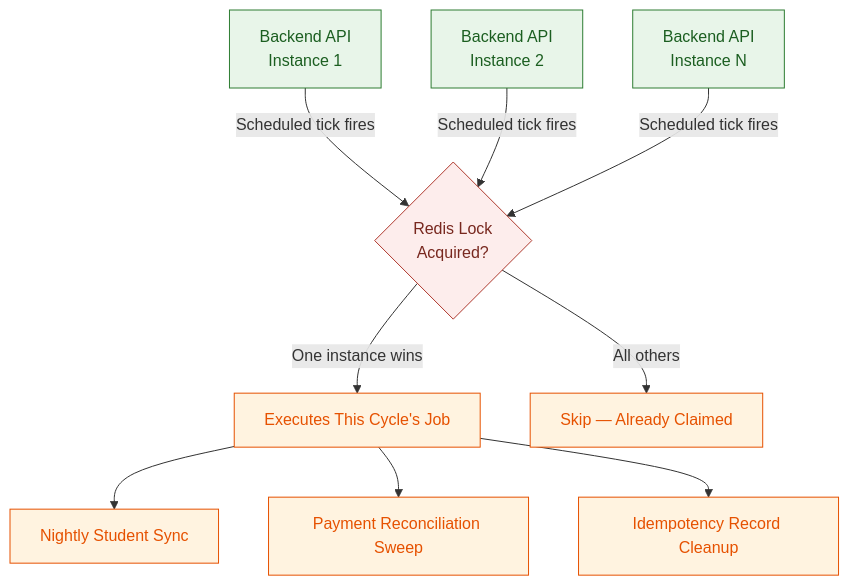
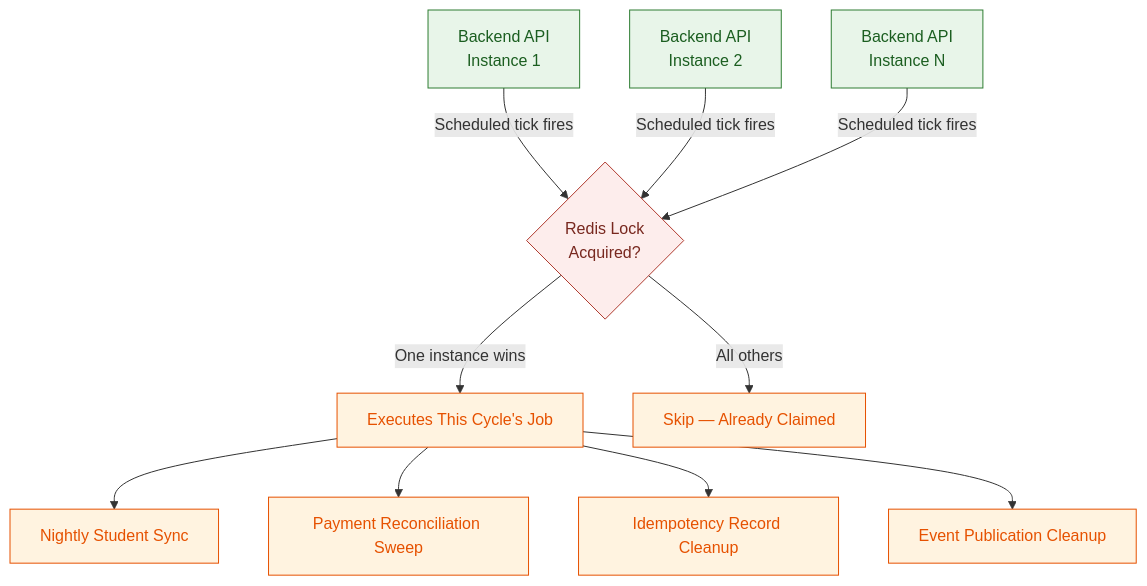
The sixth of 13 diagrams in blueprint/architecture.md (tiennt220805/UniHub), drawn with Mermaid before and after one commit. The commit also changed other lines of this file and 2 other files, not shown here.

Commit message:
docs(architecture): refine documentation

````diff
--- a/blueprint/architecture.md
+++ b/blueprint/architecture.md
@@ -404,27 +406,28 @@
 ```mermaid
 flowchart TB
     API1["Backend API<br/>Instance 1"]
     API2["Backend API<br/>Instance 2"]
     API3["Backend API<br/>Instance N"]
 
     Lock{"Redis Lock<br/>Acquired?"}
 
     API1 -->|Scheduled tick fires| Lock
     API2 -->|Scheduled tick fires| Lock
     API3 -->|Scheduled tick fires| Lock
 
     Lock -->|One instance wins| Job["Executes This Cycle's Job"]
     Lock -->|All others| Skip["Skip — Already Claimed"]
 
     Job --> Legacy["Nightly Student Sync"]
     Job --> Recon["Payment Reconciliation Sweep"]
     Job --> Cleanup["Idempotency Record Cleanup"]
+    Job --> EventPubCleanup["Event Publication Cleanup"]
 
     classDef apiStyle fill:#E8F5E9,stroke:#2E7D32,color:#1B5E20
     classDef lockStyle fill:#FDEDEC,stroke:#B03A2E,color:#78281F
     classDef jobStyle fill:#FFF3E0,stroke:#E65100,color:#E65100
 
     class API1,API2,API3 apiStyle
     class Lock lockStyle
-    class Job,Skip,Legacy,Recon,Cleanup jobStyle
+    class Job,Skip,Legacy,Recon,Cleanup,EventPubCleanup jobStyle
 ```
````
